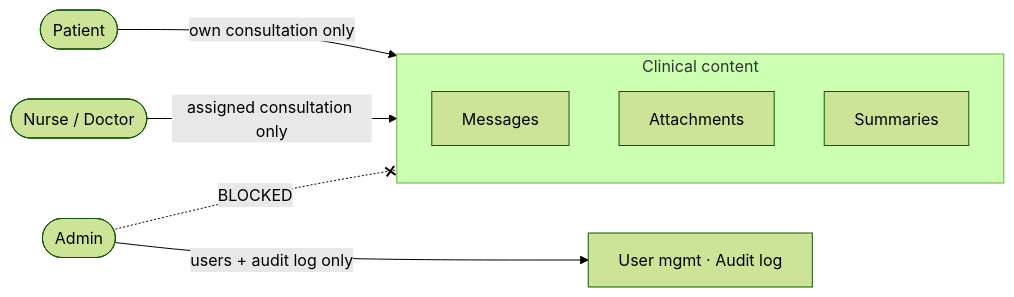
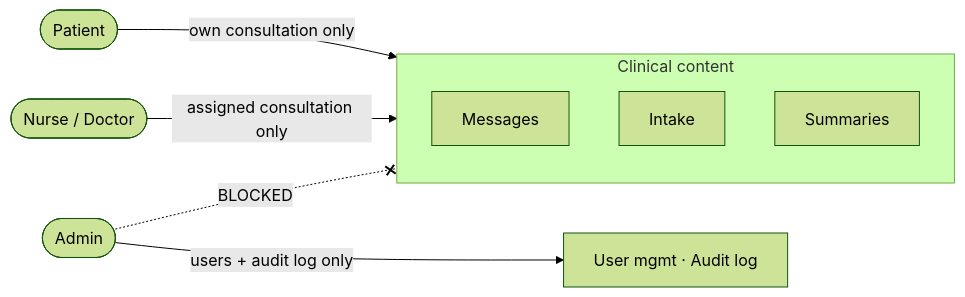
The diagram in docs/authorization-matrix.md (akritiupreti/virtual-consultation-platform), drawn with Mermaid (forest theme) before and after one commit. The commit also changed other lines of this file and 193 other files, not shown here.

First line of the commit message:
refactor: simplify consultation workflow and fix data-model diagram

````diff
--- a/docs/authorization-matrix.md
+++ b/docs/authorization-matrix.md
@@ -11,12 +11,12 @@
 ```mermaid
 flowchart LR
     subgraph Clinical [Clinical content]
         M[Messages]
-        At[Attachments]
+        In[Intake]
         Su[Summaries]
     end
     Patient([Patient]) -->|own consultation only| Clinical
     Clinician([Nurse / Doctor]) -->|assigned consultation only| Clinical
     Admin([Admin]) -. BLOCKED .-x Clinical
     Admin -->|users + audit log only| Ops[User mgmt · Audit log]
 ```
````
